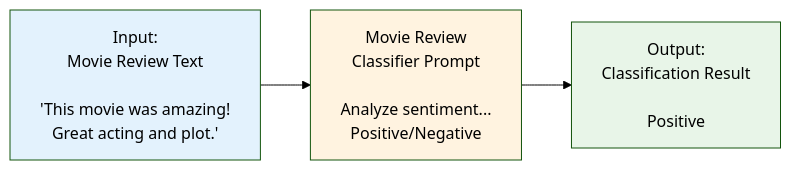
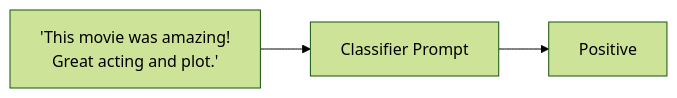
Before and after one commit to explodinggradients/ragas: the diagram in docs/experimental/tutorials/prompt.md, drawn with Mermaid (forest theme).

````diff
--- a/docs/experimental/tutorials/prompt.md
+++ b/docs/experimental/tutorials/prompt.md
@@ -5,9 +5,5 @@
 ```mermaid
 flowchart LR
-    A["Input:<br/>Movie Review Text<br/><br/>'This movie was amazing!<br/>Great acting and plot.'"] --> B["Movie Review<br/>Classifier Prompt<br/><br/>Analyze sentiment...<br/>Positive/Negative"]
-    B --> C["Output:<br/>Classification Result<br/><br/>Positive"]
-    
-    style A fill:#e3f2fd
-    style B fill:#fff3e0
-    style C fill:#e8f5e8
+    A["'This movie was amazing!<br/>Great acting and plot.'"] --> B["Classifier Prompt"]
+    B --> C["Positive"]
 ```
````
